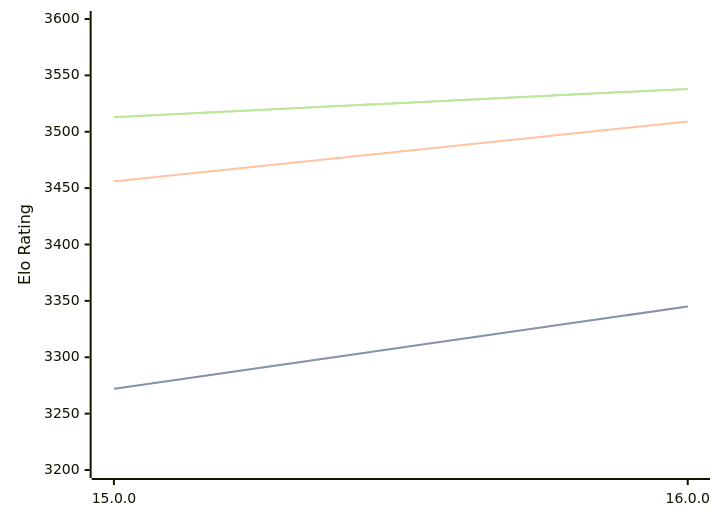
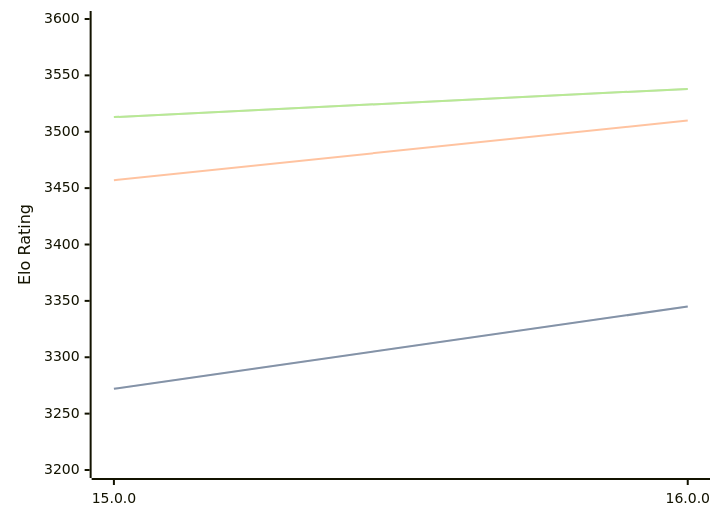
The third of 3 diagrams in engines/Halogen.md (computer-chess-index/cci), drawn with Mermaid before and after one commit. The commit also changed other lines of this file, not shown here.

````diff
--- a/engines/Halogen.md
+++ b/engines/Halogen.md
@@ -83,11 +83,11 @@
 ```mermaid
 %%{init: {"theme":"base","themeVariables":{"seriesColors:['#a3a3a3','#222221','#faa371']}}}%%
 xychart-beta
   x-axis ["15.0.0", "16.0.0"]
   y-axis "Elo Rating" 3200 --> 3600
   line "STC (8.0+0.08s)" [3272, 3345]
   line "STC (8.0+0.08s)" [3272, 3345]
-  line "LTC (60.0+0.60s)" [3456, 3509]
+  line "LTC (60.0+0.60s)" [3457, 3510]
   line "VLTC (2m24s+1.12s)" [3513, 3538]
   line "VLTC (2m24s+1.12s)" [3513, 3538]
 ```
````
